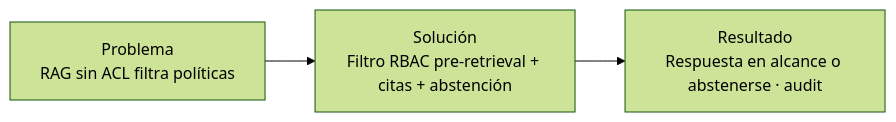
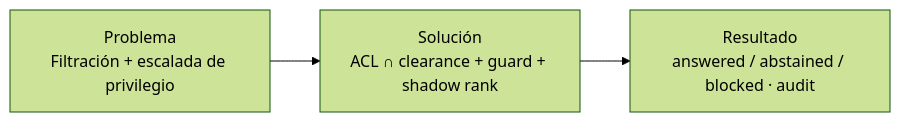
The diagram in README.md (Angelzaki/policy-rag-rbac), drawn with Mermaid (forest theme) before and after one commit. The commit also changed other lines of this file and 25 other files, not shown here.

Commit message:
Deepen RBAC: clearance ABAC, anti-escalation guard, shadow leak pressure, adversarial suite.

````diff
--- a/README.md
+++ b/README.md
@@ -15,5 +15,5 @@
 ```mermaid
 flowchart LR
-  P[Problema<br/>RAG sin ACL filtra políticas] --> S[Solución<br/>Filtro RBAC pre-retrieval + citas + abstención]
-  S --> R[Resultado<br/>Respuesta en alcance o abstenerse · audit]
+  P[Problema<br/>Filtración + escalada de privilegio] --> S[Solución<br/>ACL ∩ clearance + guard + shadow rank]
+  S --> R[Resultado<br/>answered / abstained / blocked · audit]
 ```
````
